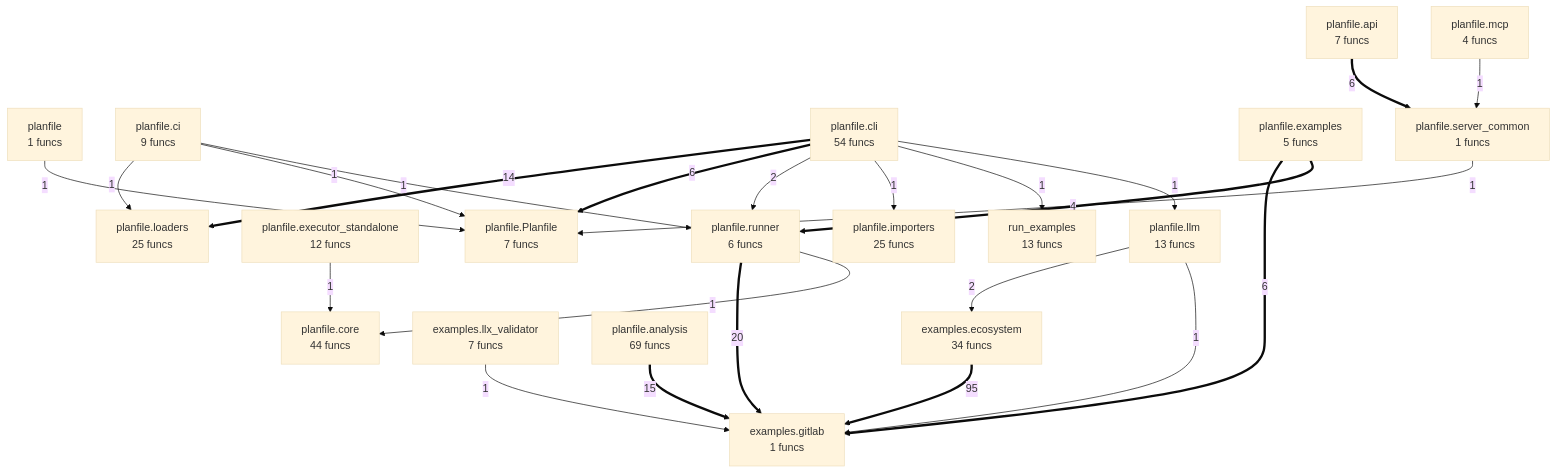
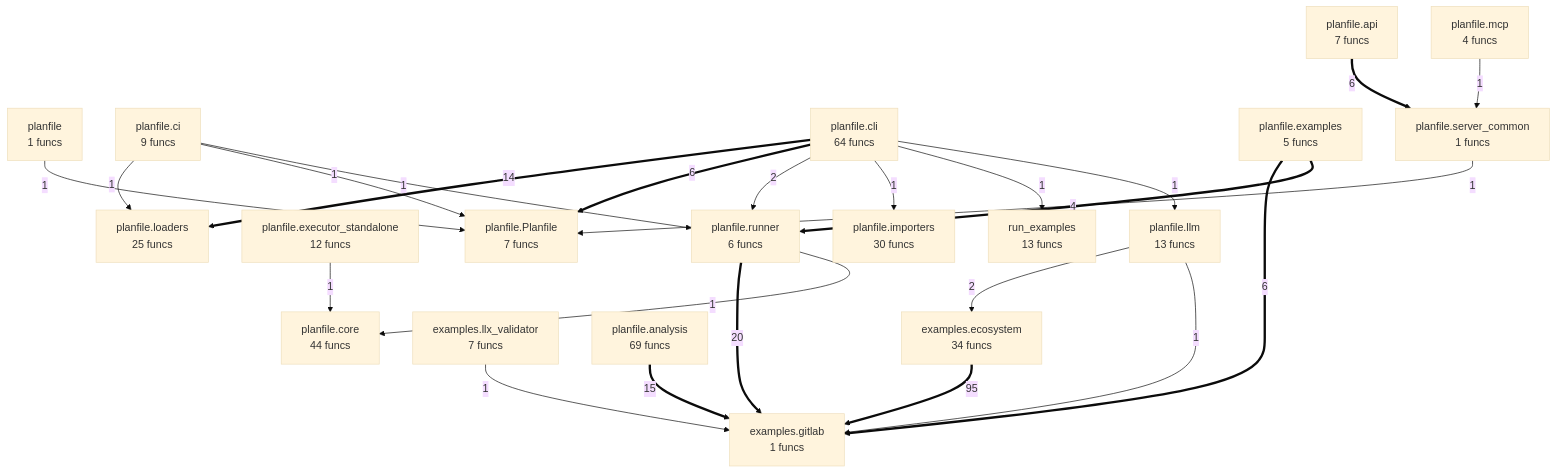
The diagram in project/compact_flow.mmd (semcod/planfile), drawn with Mermaid (base theme) before and after one commit. The commit also changed 22 other files, not shown here.

```diff
--- a/project/compact_flow.mmd
+++ b/project/compact_flow.mmd
@@ -1,43 +1,43 @@
 flowchart TD
     examples__ecosystem["examples.ecosystem<br/>34 funcs"]
     examples__gitlab["examples.gitlab<br/>1 funcs"]
     examples__llx_validator["examples.llx_validator<br/>7 funcs"]
     planfile["planfile<br/>1 funcs"]
     planfile__Planfile["planfile.Planfile<br/>7 funcs"]
     planfile__analysis["planfile.analysis<br/>69 funcs"]
     planfile__api["planfile.api<br/>7 funcs"]
     planfile__ci["planfile.ci<br/>9 funcs"]
-    planfile__cli["planfile.cli<br/>54 funcs"]
+    planfile__cli["planfile.cli<br/>64 funcs"]
     planfile__core["planfile.core<br/>44 funcs"]
     planfile__examples["planfile.examples<br/>5 funcs"]
     planfile__executor_standalone["planfile.executor_standalone<br/>12 funcs"]
-    planfile__importers["planfile.importers<br/>25 funcs"]
+    planfile__importers["planfile.importers<br/>30 funcs"]
     planfile__llm["planfile.llm<br/>13 funcs"]
     planfile__loaders["planfile.loaders<br/>25 funcs"]
     planfile__mcp["planfile.mcp<br/>4 funcs"]
     planfile__runner["planfile.runner<br/>6 funcs"]
     planfile__server_common["planfile.server_common<br/>1 funcs"]
     run_examples["run_examples<br/>13 funcs"]
     examples__ecosystem ==>|95| examples__gitlab
     planfile__runner ==>|20| examples__gitlab
     planfile__analysis ==>|15| examples__gitlab
     planfile__cli ==>|14| planfile__loaders
     planfile__examples ==>|6| examples__gitlab
+    planfile__api ==>|6| planfile__server_common
     planfile__cli ==>|6| planfile__Planfile
-    planfile__api ==>|6| planfile__server_common
     planfile__examples ==>|4| planfile__runner
     planfile__llm -->|2| examples__ecosystem
     planfile__cli -->|2| planfile__runner
+    examples__llx_validator -->|1| examples__gitlab
     planfile__server_common -->|1| planfile__Planfile
-    examples__llx_validator -->|1| examples__gitlab
     planfile -->|1| planfile__Planfile
     planfile__runner -->|1| planfile__core
     planfile__executor_standalone -->|1| planfile__core
     planfile__ci -->|1| planfile__loaders
     planfile__ci -->|1| planfile__Planfile
     planfile__ci -->|1| planfile__runner
     planfile__llm -->|1| examples__gitlab
     planfile__mcp -->|1| planfile__server_common
     planfile__cli -->|1| planfile__importers
     planfile__cli -->|1| run_examples
     planfile__cli -->|1| planfile__llm
```
